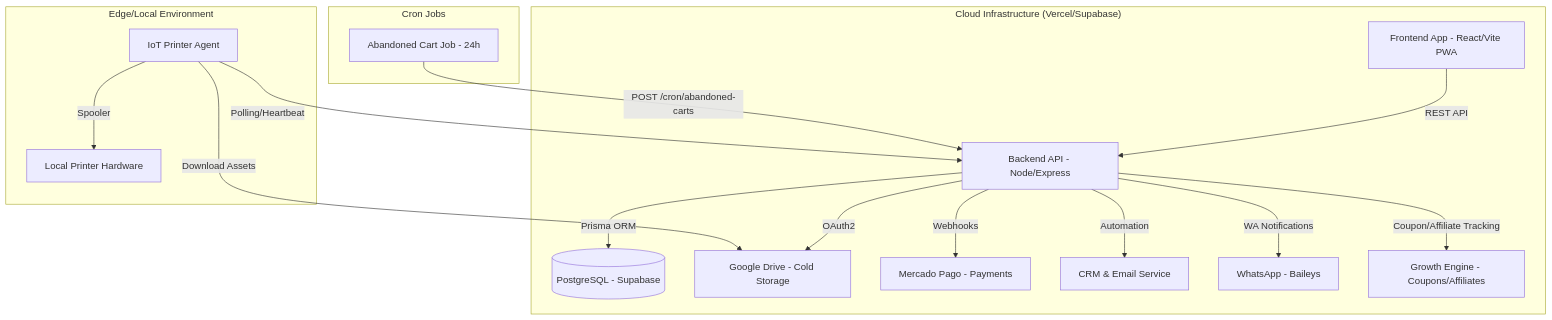
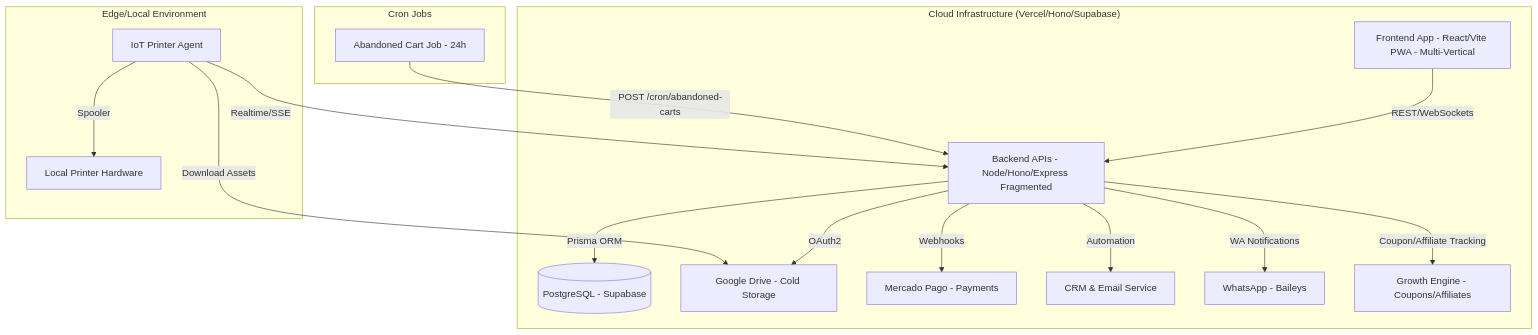
The diagram in docs/ARCHITECTURE.md (entrelenteselugares/FS), drawn with Mermaid before and after one commit. The commit also changed other lines of this file and 10 other files, not shown here.

````diff
--- a/docs/ARCHITECTURE.md
+++ b/docs/ARCHITECTURE.md
@@ -134,34 +111,34 @@
 ```mermaid
 graph TD
-    subgraph "Cloud Infrastructure (Vercel/Supabase)"
-        A[Frontend App - React/Vite PWA]
-        B[Backend API - Node/Express]
+    subgraph "Cloud Infrastructure (Vercel/Hono/Supabase)"
+        A[Frontend App - React/Vite PWA - Multi-Vertical]
+        B[Backend APIs - Node/Hono/Express Fragmented]
         C[(PostgreSQL - Supabase)]
         D[Google Drive - Cold Storage]
         E[Mercado Pago - Payments]
         H[CRM & Email Service]
         I[WhatsApp - Baileys]
         J[Growth Engine - Coupons/Affiliates]
     end
 
     subgraph "Edge/Local Environment"
         F[IoT Printer Agent]
         G[Local Printer Hardware]
     end
 
     subgraph "Cron Jobs"
         K[Abandoned Cart Job - 24h]
     end
 
-    A -- REST API --> B
+    A -- REST/WebSockets --> B
     B -- Prisma ORM --> C
     B -- OAuth2 --> D
     B -- Webhooks --> E
     B -- Automation --> H
     B -- WA Notifications --> I
     B -- Coupon/Affiliate Tracking --> J
-    F -- Polling/Heartbeat --> B
+    F -- Realtime/SSE --> B
     F -- Download Assets --> D
     F -- Spooler --> G
     K -- POST /cron/abandoned-carts --> B
 ```
````
